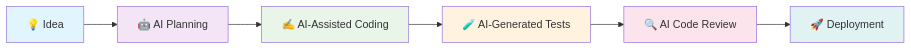
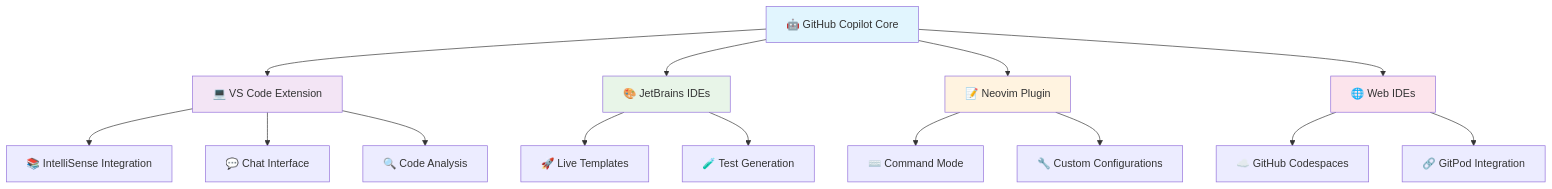
One commit to paulasilvatech/Code-AI-Dev changed the fifth of 7 diagrams in docs/ai-dev-introduction.md. Above: the diagram before and after it, drawn with Mermaid. The commit also changed other lines of this file and 4 other files, not shown here.

````diff
--- a/docs/ai-dev-introduction.md
+++ b/docs/ai-dev-introduction.md
@@ -252,15 +347,26 @@
 ```mermaid
-graph LR
-    A[💡 Idea] --> B[🤖 AI Planning]
-    B --> C[✍️ AI-Assisted Coding]
-    C --> D[🧪 AI-Generated Tests]
-    D --> E[🔍 AI Code Review]
-    E --> F[🚀 Deployment]
+graph TD
+    A[🤖 GitHub Copilot Core] --> B[💻 VS Code Extension]
+    A --> C[🎨 JetBrains IDEs]
+    A --> D[📝 Neovim Plugin]
+    A --> E[🌐 Web IDEs]
+    
+    B --> F[📚 IntelliSense Integration]
+    B --> G[💬 Chat Interface]
+    B --> H[🔍 Code Analysis]
+    
+    C --> I[🚀 Live Templates]
+    C --> J[🧪 Test Generation]
+    
+    D --> K[⌨️ Command Mode]
+    D --> L[🔧 Custom Configurations]
+    
+    E --> M[☁️ GitHub Codespaces]
+    E --> N[🔗 GitPod Integration]
     
     style A fill:#e1f5fe
     style B fill:#f3e5f5
     style C fill:#e8f5e8
     style D fill:#fff3e0
     style E fill:#fce4ec
-    style F fill:#e0f2f1
 ```
````
